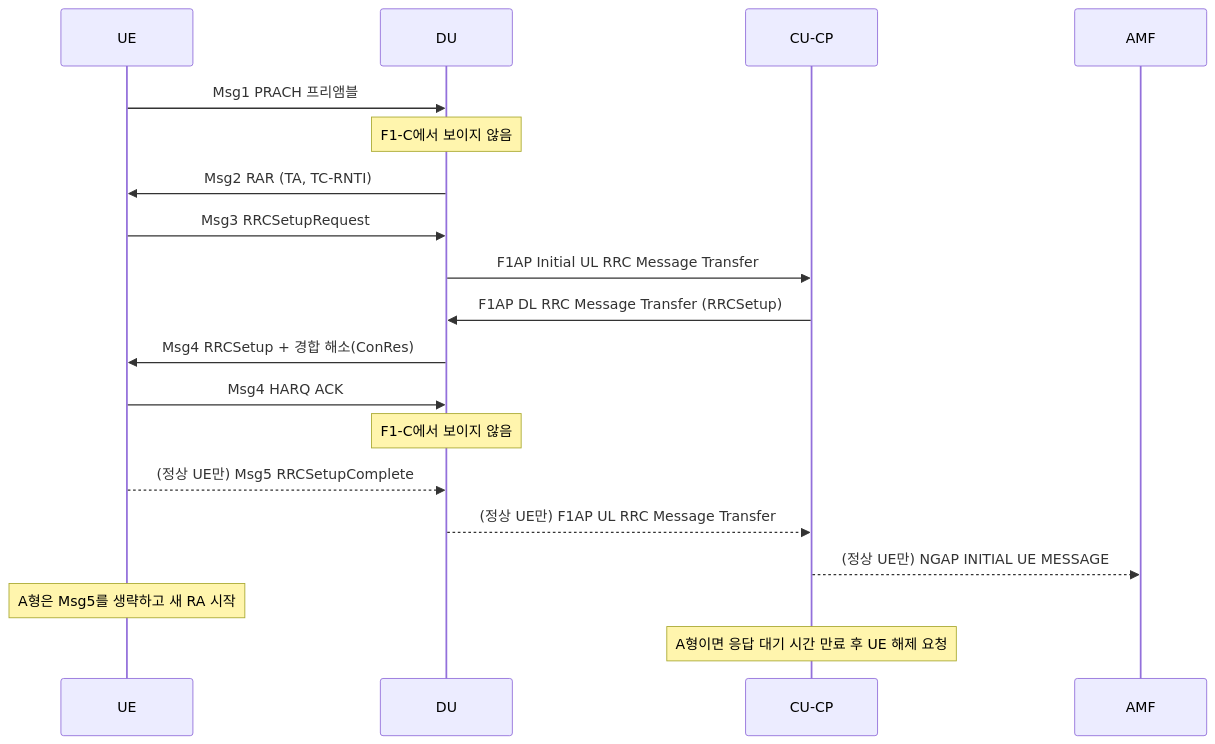
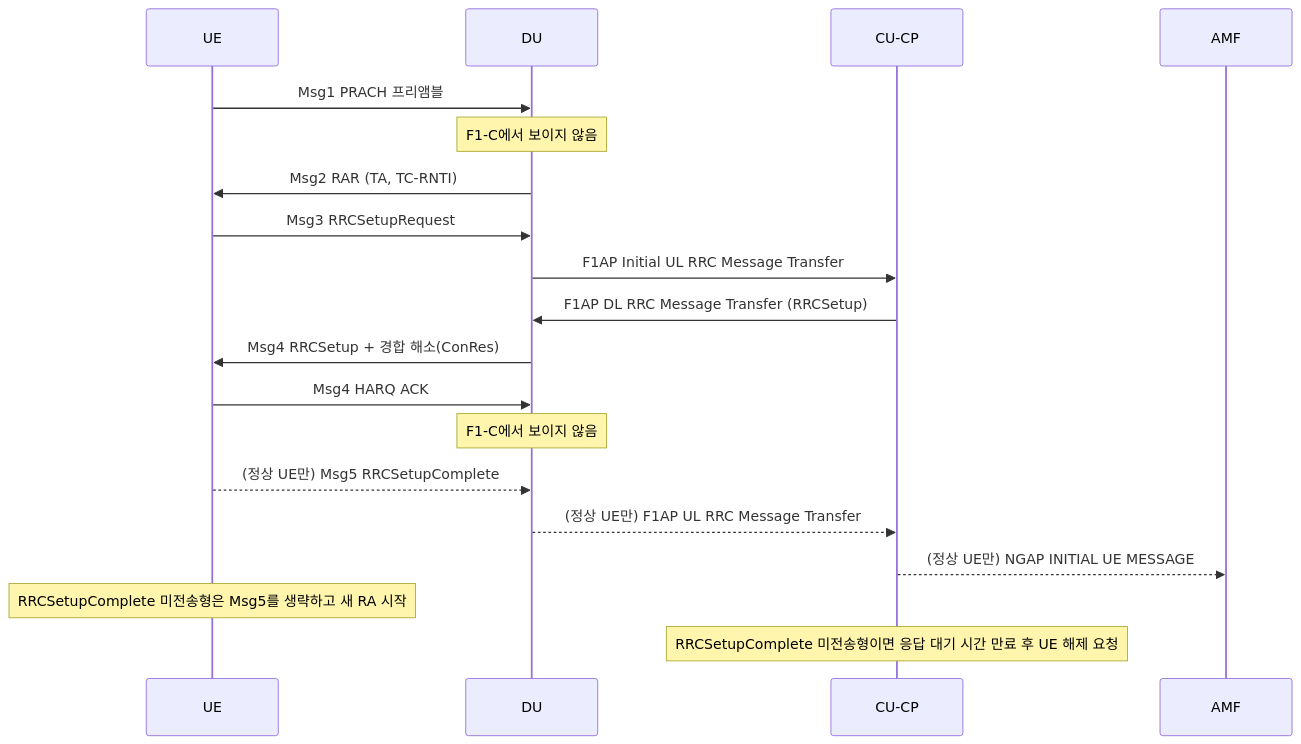
The second of 3 diagrams in methodology.md (portranproject/ran-attack-reproducers), drawn with Mermaid before and after one commit. The commit also changed other lines of this file and 115 other files, not shown here.

````diff
--- a/methodology.md
+++ b/methodology.md
@@ -151,21 +169,21 @@
 ```mermaid
 sequenceDiagram
     participant UE
     participant DU
     participant CUCP as CU-CP
     participant AMF
     UE->>DU: Msg1 PRACH 프리앰블
     Note over DU: F1-C에서 보이지 않음
     DU->>UE: Msg2 RAR (TA, TC-RNTI)
     UE->>DU: Msg3 RRCSetupRequest
     DU->>CUCP: F1AP Initial UL RRC Message Transfer
     CUCP->>DU: F1AP DL RRC Message Transfer (RRCSetup)
     DU->>UE: Msg4 RRCSetup + 경합 해소(ConRes)
     UE->>DU: Msg4 HARQ ACK
     Note over DU: F1-C에서 보이지 않음
     UE-->>DU: (정상 UE만) Msg5 RRCSetupComplete
     DU-->>CUCP: (정상 UE만) F1AP UL RRC Message Transfer
     CUCP-->>AMF: (정상 UE만) NGAP INITIAL UE MESSAGE
-    Note over UE: A형은 Msg5를 생략하고 새 RA 시작
-    Note over CUCP: A형이면 응답 대기 시간 만료 후 UE 해제 요청
+    Note over UE: RRCSetupComplete 미전송형은 Msg5를 생략하고 새 RA 시작
+    Note over CUCP: RRCSetupComplete 미전송형이면 응답 대기 시간 만료 후 UE 해제 요청
 ```
````
